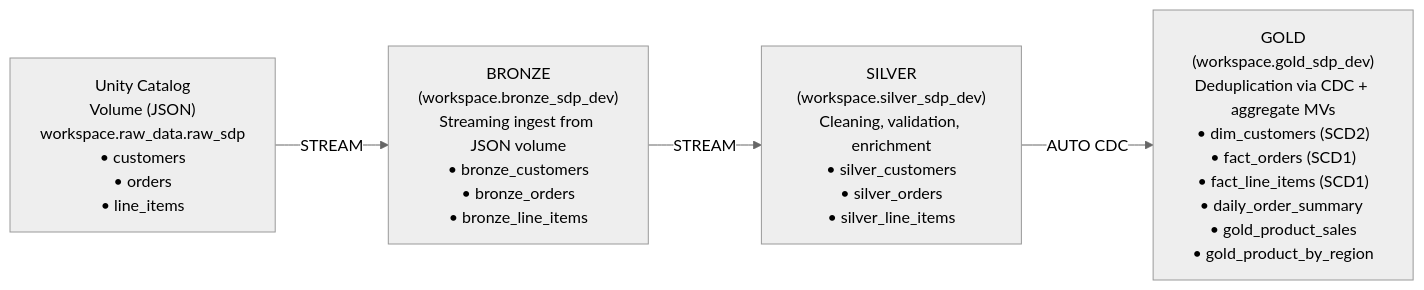
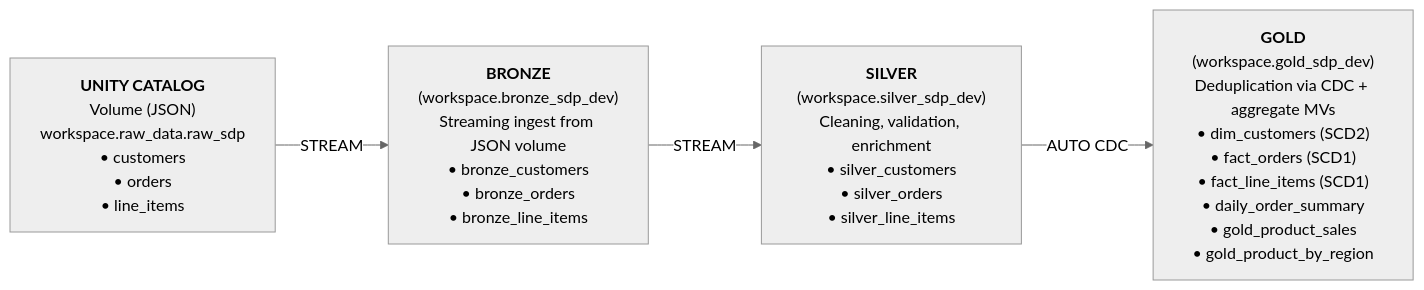
The diagram in README.md (Priya-BI/sdp_dabs), drawn with Mermaid (neutral theme) before and after one commit. The commit also changed other lines of this file, not shown here.

Commit message:
Enhance architecture overview with bold formatting

````diff
--- a/README.md
+++ b/README.md
@@ -24,14 +23,14 @@
 ```mermaid
 flowchart LR
-    A["Unity Catalog<br/>Volume (JSON)<br/>workspace.raw_data.raw_sdp<br/>• customers<br/>• orders<br/>• line_items"]
+    A["<b>UNITY CATALOG</b><br/>Volume (JSON)<br/>workspace.raw_data.raw_sdp<br/>• customers<br/>• orders<br/>• line_items"]
 
-    B["BRONZE<br/>(workspace.bronze_sdp_dev)<br/>Streaming ingest from JSON volume<br/>• bronze_customers<br/>• bronze_orders<br/>• bronze_line_items"]
+    B["<b>BRONZE</b><br/>(workspace.bronze_sdp_dev)<br/>Streaming ingest from JSON volume<br/>• bronze_customers<br/>• bronze_orders<br/>• bronze_line_items"]
 
-    C["SILVER<br/>(workspace.silver_sdp_dev)<br/>Cleaning, validation, enrichment<br/>• silver_customers<br/>• silver_orders<br/>• silver_line_items"]
+    C["<b>SILVER</b><br/>(workspace.silver_sdp_dev)<br/>Cleaning, validation, enrichment<br/>• silver_customers<br/>• silver_orders<br/>• silver_line_items"]
 
-    D["GOLD<br/>(workspace.gold_sdp_dev)<br/>Deduplication via CDC + aggregate MVs<br/>• dim_customers (SCD2)<br/>• fact_orders (SCD1)<br/>• fact_line_items (SCD1)<br/>• daily_order_summary <br/>• gold_product_sales<br/>• gold_product_by_region "]
+    D["<b>GOLD</b><br/>(workspace.gold_sdp_dev)<br/>Deduplication via CDC + aggregate MVs<br/>• dim_customers (SCD2)<br/>• fact_orders (SCD1)<br/>• fact_line_items (SCD1)<br/>• daily_order_summary<br/>• gold_product_sales<br/>• gold_product_by_region"]
 
     A -->|STREAM| B
     B -->|STREAM| C
     C -->|AUTO CDC| D
 ```
````
